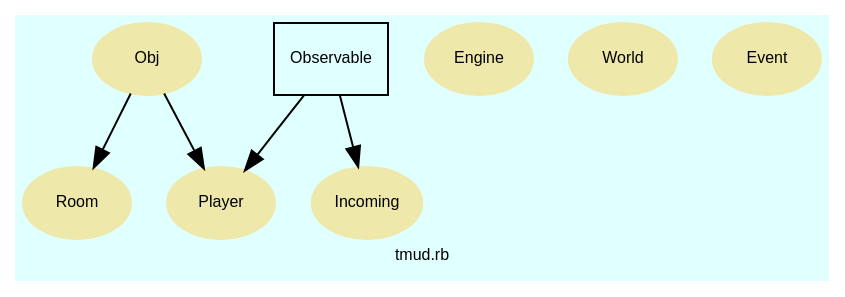
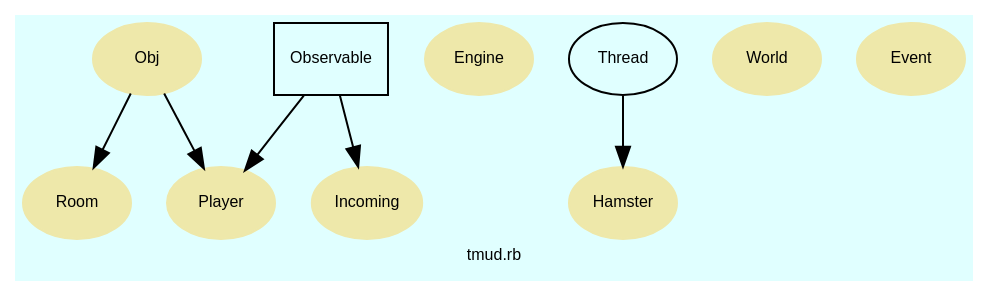
The diagram in doc/dot/f_2.dot (Tyche/teensymud), drawn with Graphviz before and after one commit. The commit also changed 49 other files, not shown here.

```diff
--- a/doc/dot/f_2.dot
+++ b/doc/dot/f_2.dot
@@ -1,98 +1,116 @@
 digraph TopLevel {
     compound = true
     bgcolor = lightcyan1
     fontname = Arial
     fontsize = 8
     label = "tmud.rb"
     node [
         fontname = Arial,
         fontsize = 8,
         color = black
     ]
 
     Player [
         fontcolor = black,
         URL = "classes/Player.html",
         shape = ellipse,
         color = palegoldenrod,
         style = filled,
         label = "Player"
     ]
 
     Obj [
         fontcolor = black,
         URL = "classes/Obj.html",
         shape = ellipse,
         color = palegoldenrod,
         style = filled,
         label = "Obj"
     ]
 
     Engine [
         fontcolor = black,
         URL = "classes/Engine.html",
         shape = ellipse,
         color = palegoldenrod,
         style = filled,
         label = "Engine"
     ]
 
     Room [
         fontcolor = black,
         URL = "classes/Room.html",
         shape = ellipse,
         color = palegoldenrod,
         style = filled,
         label = "Room"
     ]
 
+    Hamster [
+        fontcolor = black,
+        URL = "classes/Hamster.html",
+        shape = ellipse,
+        color = palegoldenrod,
+        style = filled,
+        label = "Hamster"
+    ]
+
     World [
         fontcolor = black,
         URL = "classes/World.html",
         shape = ellipse,
         color = palegoldenrod,
         style = filled,
         label = "World"
     ]
 
     Event [
         fontcolor = black,
         URL = "classes/Event.html",
         shape = ellipse,
         color = palegoldenrod,
         style = filled,
         label = "Event"
     ]
 
     Incoming [
         fontcolor = black,
         URL = "classes/Incoming.html",
         shape = ellipse,
         color = palegoldenrod,
         style = filled,
         label = "Incoming"
     ]
 
     Observable [
         URL = "classes/Observable.html",
         shape = box,
         label = "Observable"
     ]
 
     Observable -> Player [
 
     ]
 
     Obj -> Player [
 
     ]
 
     Obj -> Room [
 
     ]
 
+    Thread [
+        URL = "classes/Thread.html",
+        label = "Thread"
+    ]
+
+    Thread -> Hamster [
+
+    ]
+
     Observable -> Incoming [
 
     ]
 
 }
```
